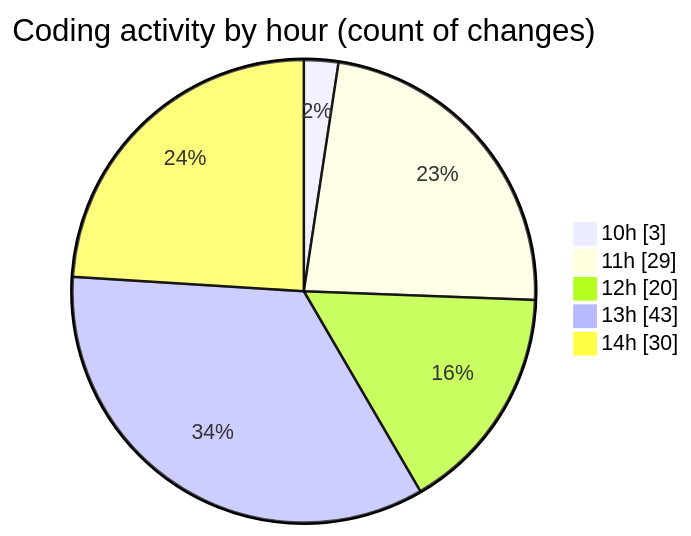
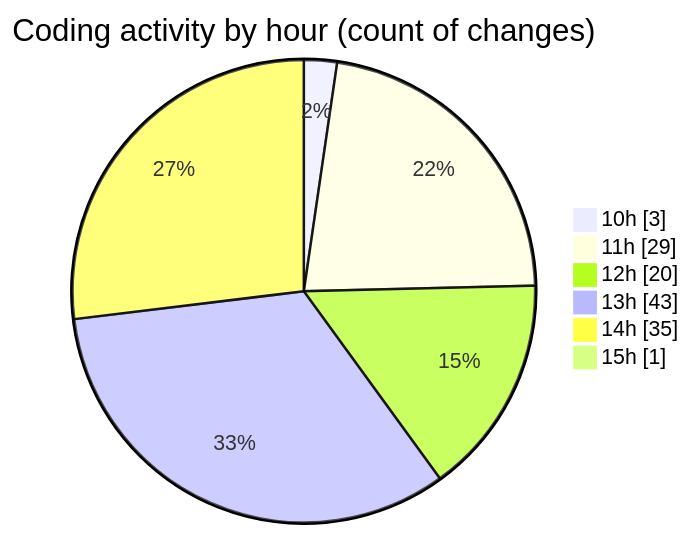
Before and after one commit to EIIisD/code-tracking: the second of 2 diagrams in 2025-08-14/ribbon/README.md, drawn with Mermaid. The commit also changed other lines of this file and 1 other file, not shown here.

````diff
--- a/2025-08-14/ribbon/README.md
+++ b/2025-08-14/ribbon/README.md
@@ -40,9 +40,10 @@
 ```mermaid
 pie showData
 title Coding activity by hour (count of changes)
 "10h" : 3
 "11h" : 29
 "12h" : 20
 "13h" : 43
-"14h" : 30
+"14h" : 35
+"15h" : 1
 ```
````
